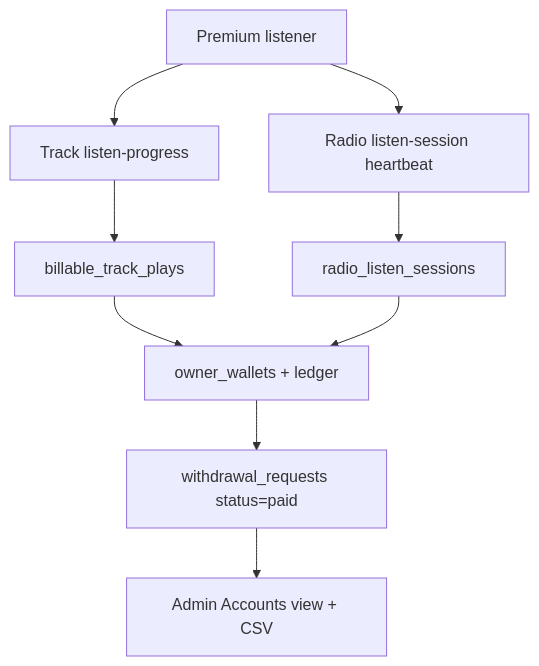
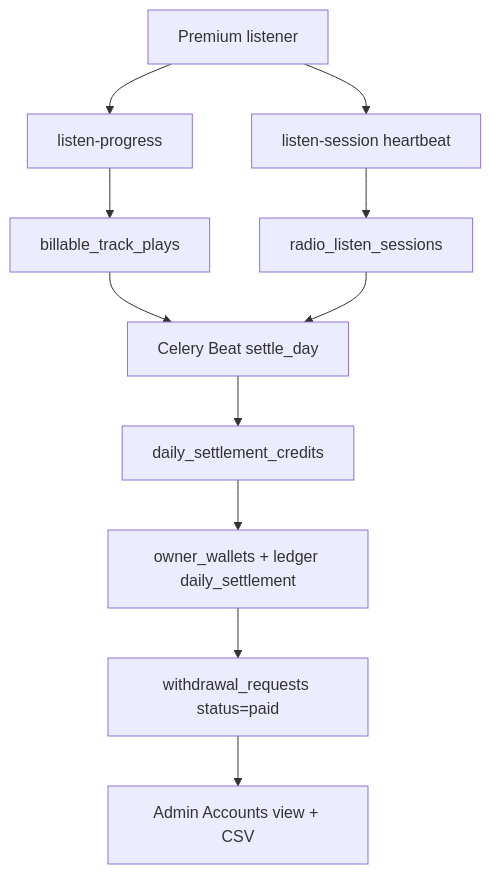
One commit to charlsonpeter/verisonic changed the fourth of 4 diagrams in implementation_plan.md. Above: the diagram before and after it, drawn with Mermaid. The commit also changed other lines of this file and 4 other files, not shown here.

````diff
--- a/implementation_plan.md
+++ b/implementation_plan.md
@@ -73,11 +82,13 @@
 ```mermaid
 graph TD
-    Listener[Premium listener] --> Track[Track listen-progress]
-    Listener --> Radio[Radio listen-session heartbeat]
+    Listener[Premium listener] --> Track[listen-progress]
+    Listener --> Radio[listen-session heartbeat]
     Track --> Billable[billable_track_plays]
     Radio --> Session[radio_listen_sessions]
-    Billable --> Wallet[owner_wallets + ledger]
-    Session --> Wallet
+    Billable --> Beat[Celery Beat settle_day]
+    Session --> Beat
+    Beat --> Credits[daily_settlement_credits]
+    Credits --> Wallet[owner_wallets + ledger daily_settlement]
     Wallet --> Withdraw[withdrawal_requests status=paid]
     Withdraw --> Accounts[Admin Accounts view + CSV]
 ```
````
